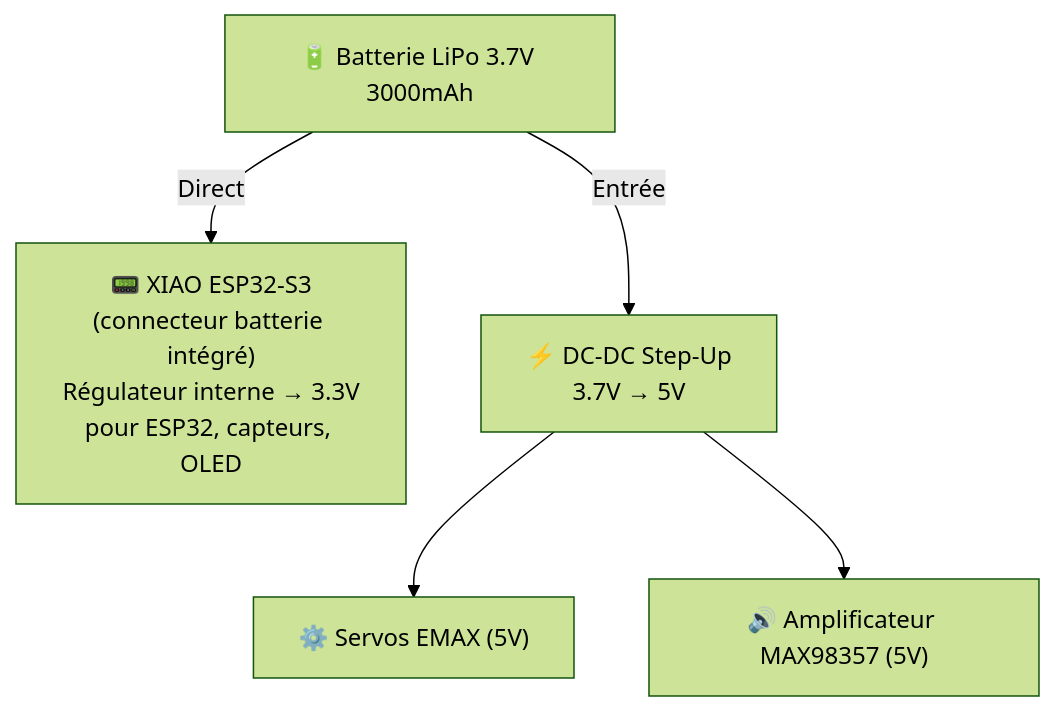
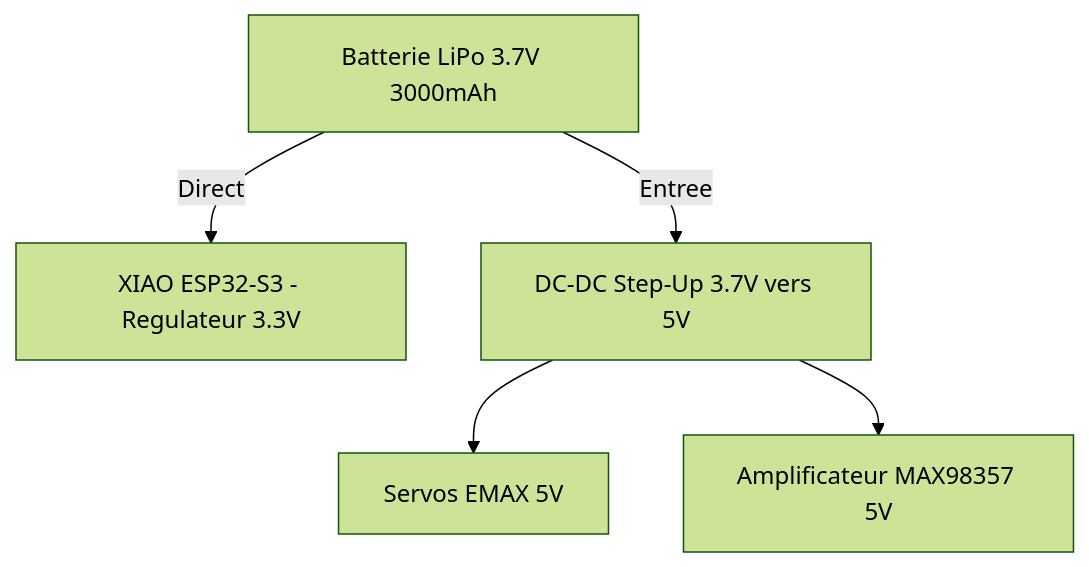
The sixth of 8 diagrams in TARS_Robot_Build_FR.md (zabbix-byte/real-tars), drawn with Mermaid (forest theme) before and after one commit. The commit also changed other lines of this file and 2 other files, not shown here.

Commit message:
refactor: update architecture diagrams and component descriptions in README files

````diff
--- a/TARS_Robot_Build_FR.md
+++ b/TARS_Robot_Build_FR.md
@@ -472,11 +474,11 @@
 ```mermaid
 graph TD
-    BATT["🔋 Batterie LiPo 3.7V 3000mAh"]
+    BATT["Batterie LiPo 3.7V 3000mAh"]
 
-    BATT -->|"Direct"| ESP["📟 XIAO ESP32-S3<br/>(connecteur batterie intégré)<br/>Régulateur interne → 3.3V<br/>pour ESP32, capteurs, OLED"]
+    BATT -->|"Direct"| ESP["XIAO ESP32-S3 - Regulateur 3.3V"]
 
-    BATT -->|"Entrée"| STEP["⚡ DC-DC Step-Up<br/>3.7V → 5V"]
+    BATT -->|"Entree"| STEP["DC-DC Step-Up 3.7V vers 5V"]
 
-    STEP --> SERVOS["⚙️ Servos EMAX (5V)"]
-    STEP --> AMP["🔊 Amplificateur MAX98357 (5V)"]
+    STEP --> SERVOS["Servos EMAX 5V"]
+    STEP --> AMP["Amplificateur MAX98357 5V"]
 ```
````
